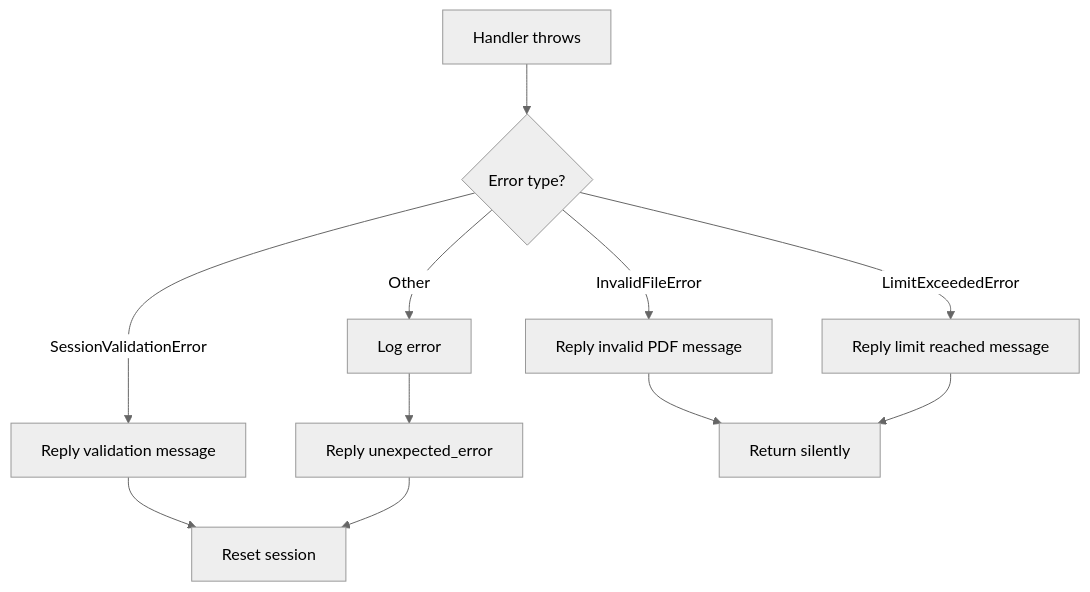
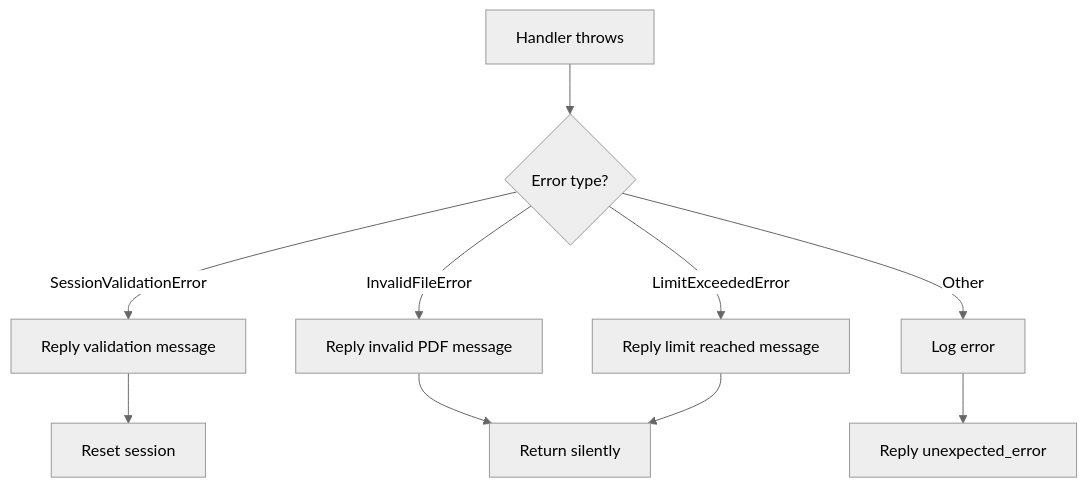
Before and after one commit to gabrielrufino/pdf-studio-bot: the first of 2 diagrams in docs/error-handling.md, drawn with Mermaid (neutral theme). The commit also changed other lines of this file and 7 other files, not shown here.

````diff
--- a/docs/error-handling.md
+++ b/docs/error-handling.md
@@ -19,13 +19,12 @@
 ```mermaid
 flowchart TD
     A[Handler throws] --> B{Error type?}
     B -->|SessionValidationError| C[Reply validation message]
     B -->|InvalidFileError| D[Reply invalid PDF message]
     B -->|LimitExceededError| E[Reply limit reached message]
     B -->|Other| F[Log error]
     F --> G[Reply unexpected_error]
     C --> H[Reset session]
     D --> I[Return silently]
     E --> I
-    G --> H
 ```
````
